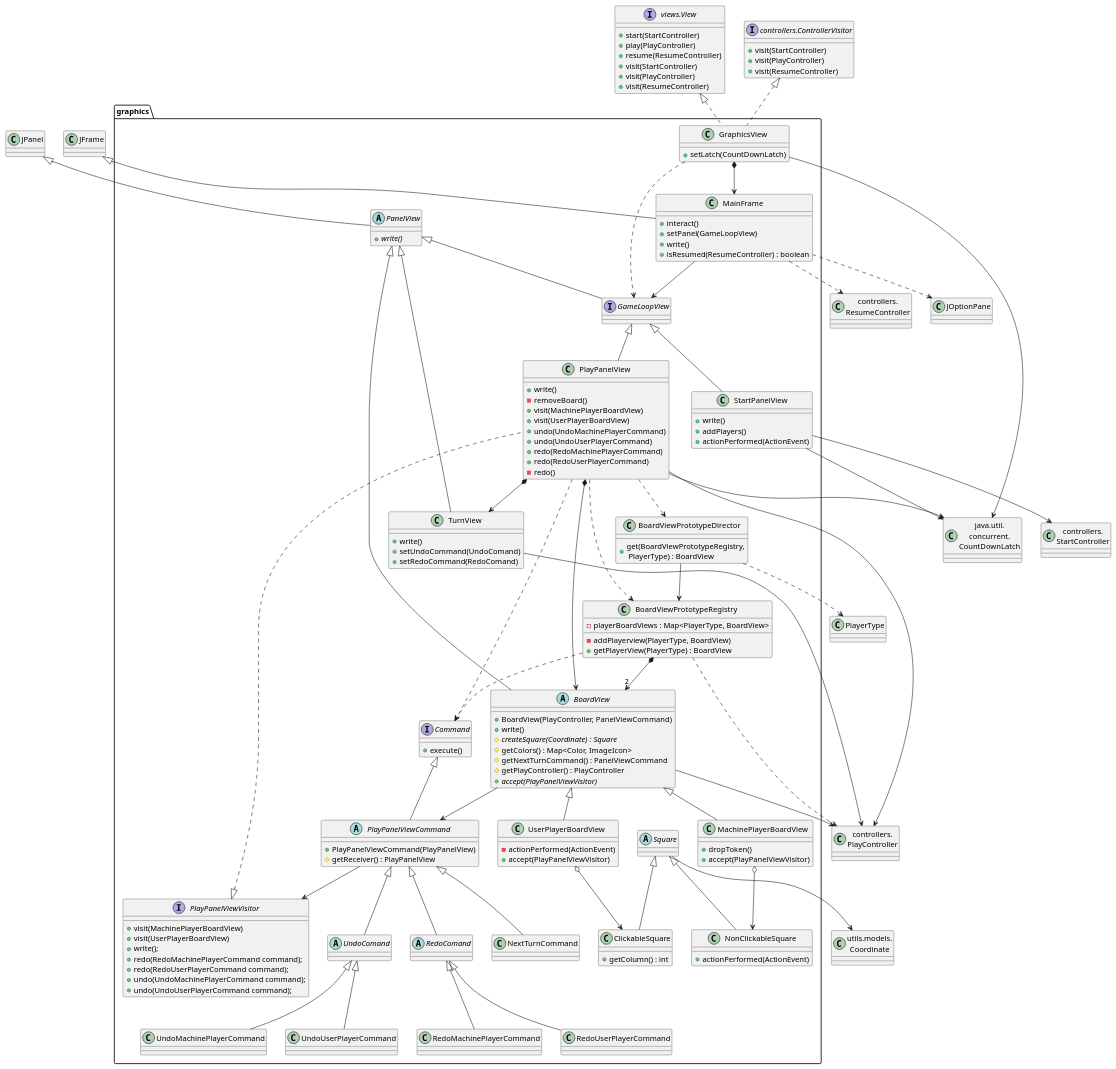
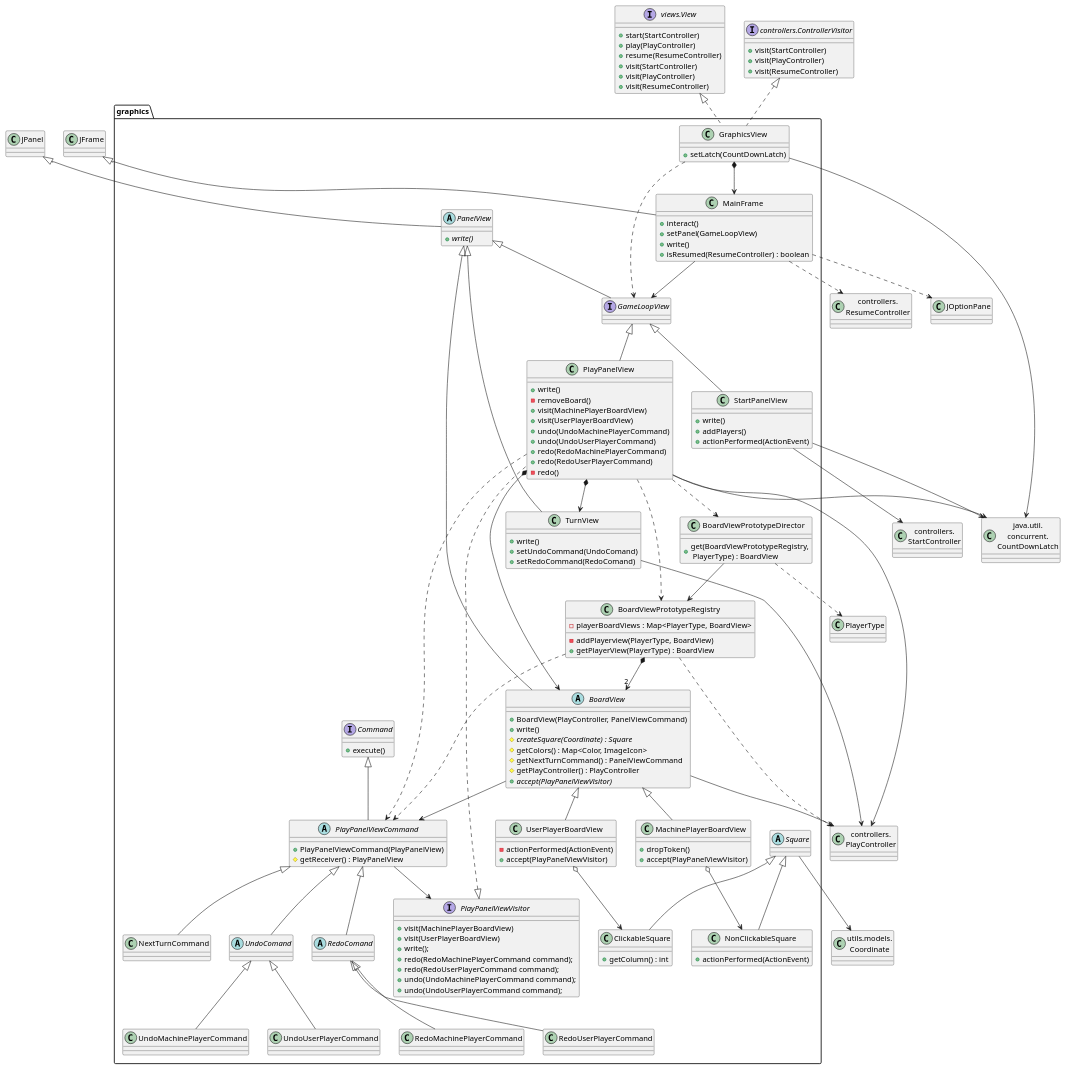
One commit to js-rom/connect4 changed the diagram in connect4/Docs/diagrams/src/packages/connect4.connect4.views.graphics.plantuml. Above: the diagram before and after it, drawn with PlantUML.

Commit message:
refactor: reorganize graphhics viw package and remove cicle between Command and PlayPanelView #7

```diff
--- a/connect4/Docs/diagrams/src/packages/connect4.connect4.views.graphics.plantuml
+++ b/connect4/Docs/diagrams/src/packages/connect4.connect4.views.graphics.plantuml
@@ -1,185 +1,185 @@
 @startuml connect4.connect4.views.graphics
 class graphics.GraphicsView {
     +setLatch(CountDownLatch)
 }
 
 class CountDownLatch as "java.util.\nconcurrent.\nCountDownLatch"
 class graphics.MainFrame{
      +interact()
     +setPanel(GameLoopView)
     +write()
     +isResumed(ResumeController) : boolean
 }
 abstract class graphics.PanelView {
     + {abstract} write()
 }
 interface graphics.GameLoopView
 class graphics.StartPanelView {
     +write()
     +addPlayers()
     +actionPerformed(ActionEvent)
 }
 
 class graphics.PlayPanelView{
     +write()
     -removeBoard()
     +visit(MachinePlayerBoardView)
     +visit(UserPlayerBoardView)
     +undo(UndoMachinePlayerCommand)
     +undo(UndoUserPlayerCommand)
     +redo(RedoMachinePlayerCommand)
     +redo(RedoUserPlayerCommand)
     -redo()
 }
 
 interface graphics.PlayPanelViewVisitor {
     +visit(MachinePlayerBoardView)
     +visit(UserPlayerBoardView)
     +write();
     +redo(RedoMachinePlayerCommand command);
     +redo(RedoUserPlayerCommand command);
     +undo(UndoMachinePlayerCommand command);
     +undo(UndoUserPlayerCommand command);
 }
 
 abstract class graphics.BoardView {
     + BoardView(PlayController, PanelViewCommand)
     + write()
     #  {abstract}  createSquare(Coordinate) : Square
     # getColors() : Map<Color, ImageIcon>
     # getNextTurnCommand() : PanelViewCommand
     # getPlayController() : PlayController
     +  {abstract}  accept(PlayPanelViewVisitor)
 }
 class graphics.BoardViewPrototypeDirector{
     +get(BoardViewPrototypeRegistry,\n PlayerType) : BoardView
 }
 class graphics.BoardViewPrototypeRegistry{
     -playerBoardViews : Map<PlayerType, BoardView> 
     -addPlayerview(PlayerType, BoardView)
     +getPlayerView(PlayerType) : BoardView
 }
 interface graphics.Command {
     +execute()
 }
 abstract class graphics.PlayPanelViewCommand {
     +PlayPanelViewCommand(PlayPanelView)
     #getReceiver() : PlayPanelView
 }
 class graphics.MachinePlayerBoardView {
     +dropToken()
     +accept(PlayPanelViewVisitor)
 }
 class graphics.UserPlayerBoardView{
     -actionPerformed(ActionEvent)
     +accept(PlayPanelViewVisitor)
 }
 
 class graphics.NextTurnCommand
 abstract class graphics.Square
 class graphics.ClickableSquare {
     + getColumn() : int
 }
 class graphics.NonClickableSquare {
     + actionPerformed(ActionEvent)
 }
 class graphics.TurnView{
     +write()
     +setUndoCommand(UndoComand)
     +setRedoCommand(RedoComand)
 }
 abstract class graphics.PanelView
 class StartController as "controllers.\nStartController"
 class PlayController as "controllers.\nPlayController"
 class ResumeController as "controllers.\nResumeController"
 class Coordinate as "utils.models.\nCoordinate"
 interface View as "views.View"{
     +start(StartController)
     +play(PlayController)
     +resume(ResumeController)
     +visit(StartController)
     +visit(PlayController)
     +visit(ResumeController)
 }
 
 interface ControllerVisitor as "controllers.ControllerVisitor" {
     +visit(StartController)
     +visit(PlayController)
     +visit(ResumeController)
 }
 
 abstract class graphics.UndoComand
 abstract class graphics.RedoComand
 class graphics.RedoMachinePlayerCommand {}
 class graphics.UndoMachinePlayerCommand {}
 class graphics.RedoUserPlayerCommand {}
 class graphics.UndoUserPlayerCommand {}
 
 
 GraphicsView --> CountDownLatch
 class JFrame
 JFrame <|-- MainFrame
 GraphicsView *--> MainFrame
 
 
 StartPanelView --> StartController
 StartPanelView --> CountDownLatch
 PlayPanelView --> PlayController
 PlayPanelView --> CountDownLatch
 BoardView --> PlayController
 TurnView --> PlayController
 MainFrame ..> ResumeController
 
 
 View <|.. GraphicsView
 ControllerVisitor <|.. GraphicsView
 
 class JOptionPane
 MainFrame ..> JOptionPane
 
 JPanel <|-- PanelView
 PanelView <|-- GameLoopView
 GameLoopView <|-- StartPanelView
 GameLoopView <|-- PlayPanelView
 PlayPanelViewVisitor <|.. PlayPanelView
 PanelView <|-- BoardView
 PanelView <|-- TurnView
 
 GraphicsView ..> GameLoopView
 MainFrame --> GameLoopView
 
 PlayPanelView *--> BoardView
 PlayPanelView *--> TurnView
 PlayPanelView ..> BoardViewPrototypeRegistry
 PlayPanelView ..> BoardViewPrototypeDirector
 
 BoardViewPrototypeDirector --> BoardViewPrototypeRegistry
 BoardViewPrototypeDirector ..> PlayerType
 BoardViewPrototypeRegistry ..> PlayController
-BoardViewPrototypeRegistry ..> Command
+BoardViewPrototypeRegistry ..> PlayPanelViewCommand
 BoardViewPrototypeRegistry *--> "2"BoardView
 
 
-PlayPanelView ..> Command
+PlayPanelView ..> PlayPanelViewCommand
 PlayPanelViewCommand --> PlayPanelViewVisitor
 
 Command <|-- PlayPanelViewCommand
 PlayPanelViewCommand <|-- NextTurnCommand
 PlayPanelViewCommand <|-- UndoComand
 PlayPanelViewCommand <|-- RedoComand
 UndoComand <|-- UndoMachinePlayerCommand
 UndoComand <|-- UndoUserPlayerCommand
 RedoComand <|-- RedoMachinePlayerCommand
 RedoComand <|-- RedoUserPlayerCommand
 
 
 BoardView <|-- MachinePlayerBoardView
 BoardView <|-- UserPlayerBoardView
 MachinePlayerBoardView o--> NonClickableSquare
 UserPlayerBoardView o--> ClickableSquare
 Square <|-- ClickableSquare
 Square <|-- NonClickableSquare
 BoardView --> PlayPanelViewCommand
 
 Square --> Coordinate
 @enduml
```
